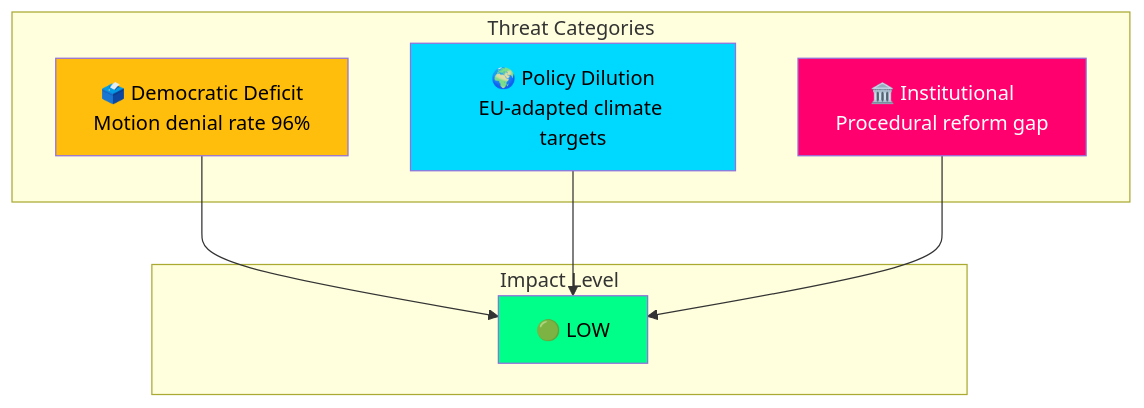
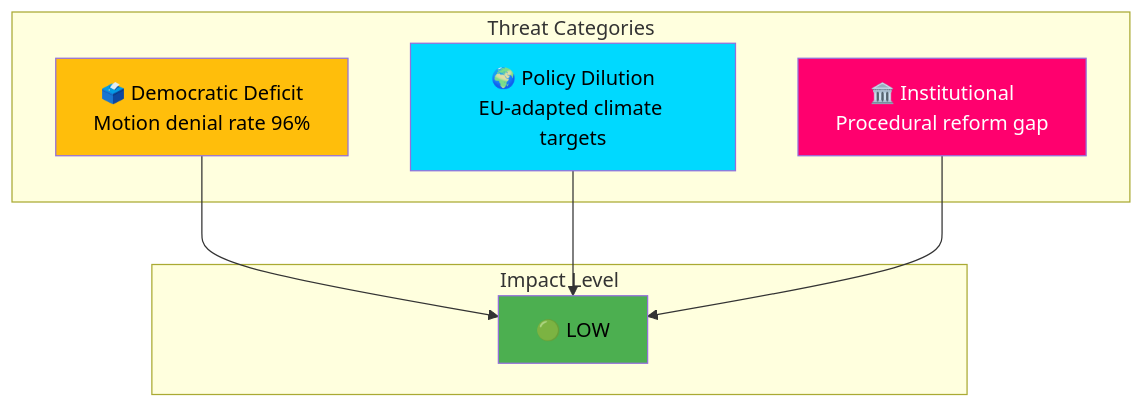
One commit to Hack23/riksdagsmonitor changed the diagram in analysis/daily/2026-03-30/committeeReports/threat-analysis.md. Above: the diagram before and after it, drawn with Mermaid. The commit also changed 785 other files, not shown here.

First line of the commit message:
Normalize mermaid colors across 786 analysis artifacts to ISMS Style Guide palette

````diff
--- a/analysis/daily/2026-03-30/committeeReports/threat-analysis.md
+++ b/analysis/daily/2026-03-30/committeeReports/threat-analysis.md
@@ -18,21 +18,21 @@
 ```mermaid
 flowchart TD
     subgraph "Threat Categories"
         DEM["🗳️ Democratic Deficit<br/>Motion denial rate 96%"]
         ENV["🌍 Policy Dilution<br/>EU-adapted climate targets"]
         INST["🏛️ Institutional<br/>Procedural reform gap"]
     end
     
     subgraph "Impact Level"
         LOW["🟢 LOW"]
     end
     
     DEM --> LOW
     ENV --> LOW
     INST --> LOW
     
-    style DEM fill:#ffbe0b,color:#000
-    style ENV fill:#00d9ff,color:#000
-    style INST fill:#ff006e,color:#fff
-    style LOW fill:#00ff88,color:#000
+    style DEM fill:#ffbe0b,color:#000000
+    style ENV fill:#00d9ff,color:#000000
+    style INST fill:#ff006e,color:#FFFFFF
+    style LOW fill:#4CAF50,color:#000000
 ```
````
